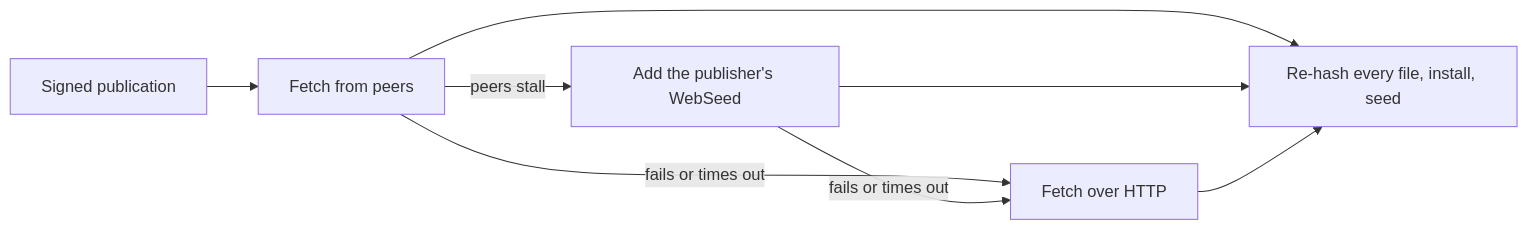
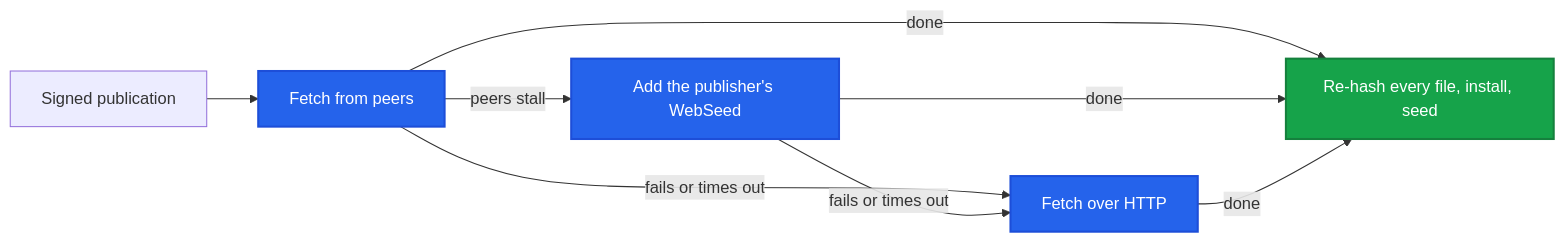
One commit to ar-io/docs changed the second of 2 diagrams in content/learn/gateways/index-sharing.mdx. Above: the diagram before and after it, drawn with Mermaid. The commit also changed 3 other files, not shown here.

First line of the commit message:
docs(gateways): update the architecture and retrieval diagrams; add index-sharing diagrams

````diff
--- a/content/learn/gateways/index-sharing.mdx
+++ b/content/learn/gateways/index-sharing.mdx
@@ -67,10 +67,16 @@
 ```mermaid
 flowchart LR
     A[Signed publication] --> B[Fetch from peers]
     B -- peers stall --> C[Add the publisher's WebSeed]
     B -- fails or times out --> D[Fetch over HTTP]
     C -- fails or times out --> D
-    B --> E[Re-hash every file, install, seed]
-    C --> E
-    D --> E
+    B -- done --> E[Re-hash every file, install, seed]
+    C -- done --> E
+    D -- done --> E
+
+    classDef source fill:#2563eb,stroke:#1d4ed8,stroke-width:2px,color:#fff
+    classDef process fill:#16a34a,stroke:#15803d,stroke-width:2px,color:#fff
+
+    class B,C,D source
+    class E process
 ```
````
